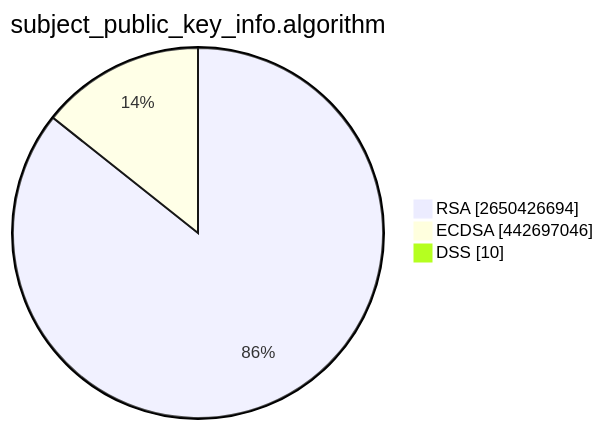
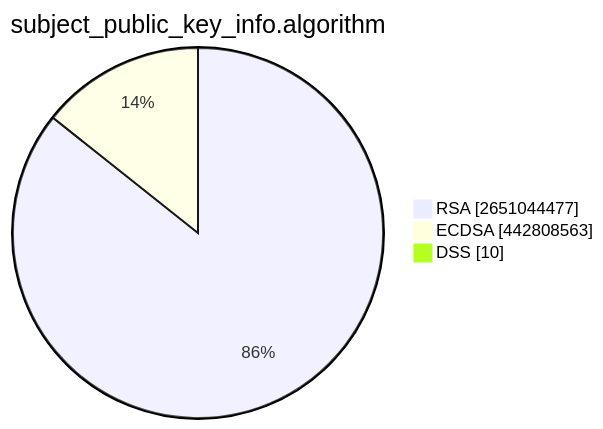
Before and after one commit to christiankrug/ctmonitor_visualization: the second of 15 diagrams in TOTAL/README.md, drawn with Mermaid. The commit also changed other lines of this file, not shown here.

````diff
--- a/TOTAL/README.md
+++ b/TOTAL/README.md
@@ -6,7 +6,7 @@
 ```mermaid
 pie showData
 title subject_public_key_info.algorithm
-"RSA" :2650426694
-"ECDSA" :442697046
+"RSA" :2651044477
+"ECDSA" :442808563
 "DSS" :10
 ```
````
